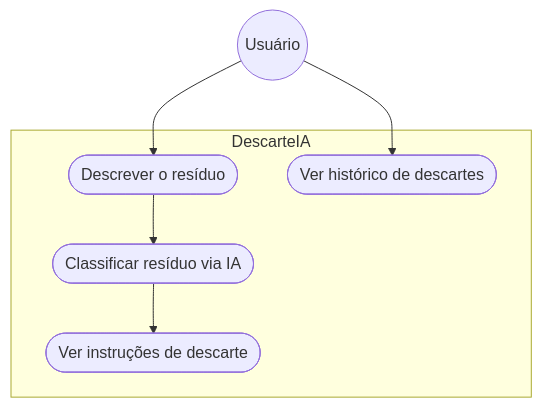
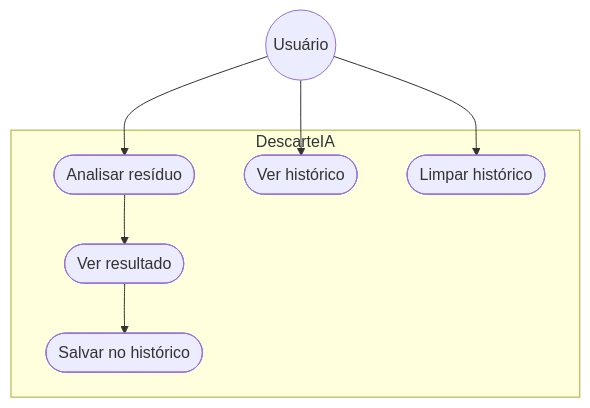
Before and after one commit to gabrielroliveira98-cell/App-DescarteIA: the diagram in docs/diagrama-casos-de-uso.md, drawn with Mermaid. The commit also changed other lines of this file and 12 other files, not shown here.

Commit message:
Atualiza os diagramas (C4, classes, banco, casos de uso, sequencia) pra bater com o backend novo

````diff
--- a/docs/diagrama-casos-de-uso.md
+++ b/docs/diagrama-casos-de-uso.md
@@ -3,16 +3,18 @@
 ```mermaid
 flowchart TB
     Usuario((Usuário))
 
     subgraph Sistema["DescarteIA"]
-        UC1([Descrever o resíduo])
-        UC2([Classificar resíduo via IA])
-        UC3([Ver instruções de descarte])
-        UC4([Ver histórico de descartes])
+        UC1([Analisar resíduo])
+        UC2([Ver resultado])
+        UC3([Salvar no histórico])
+        UC4([Ver histórico])
+        UC5([Limpar histórico])
     end
 
     Usuario --> UC1
     UC1 --> UC2
     UC2 --> UC3
     Usuario --> UC4
+    Usuario --> UC5
 ```
````
